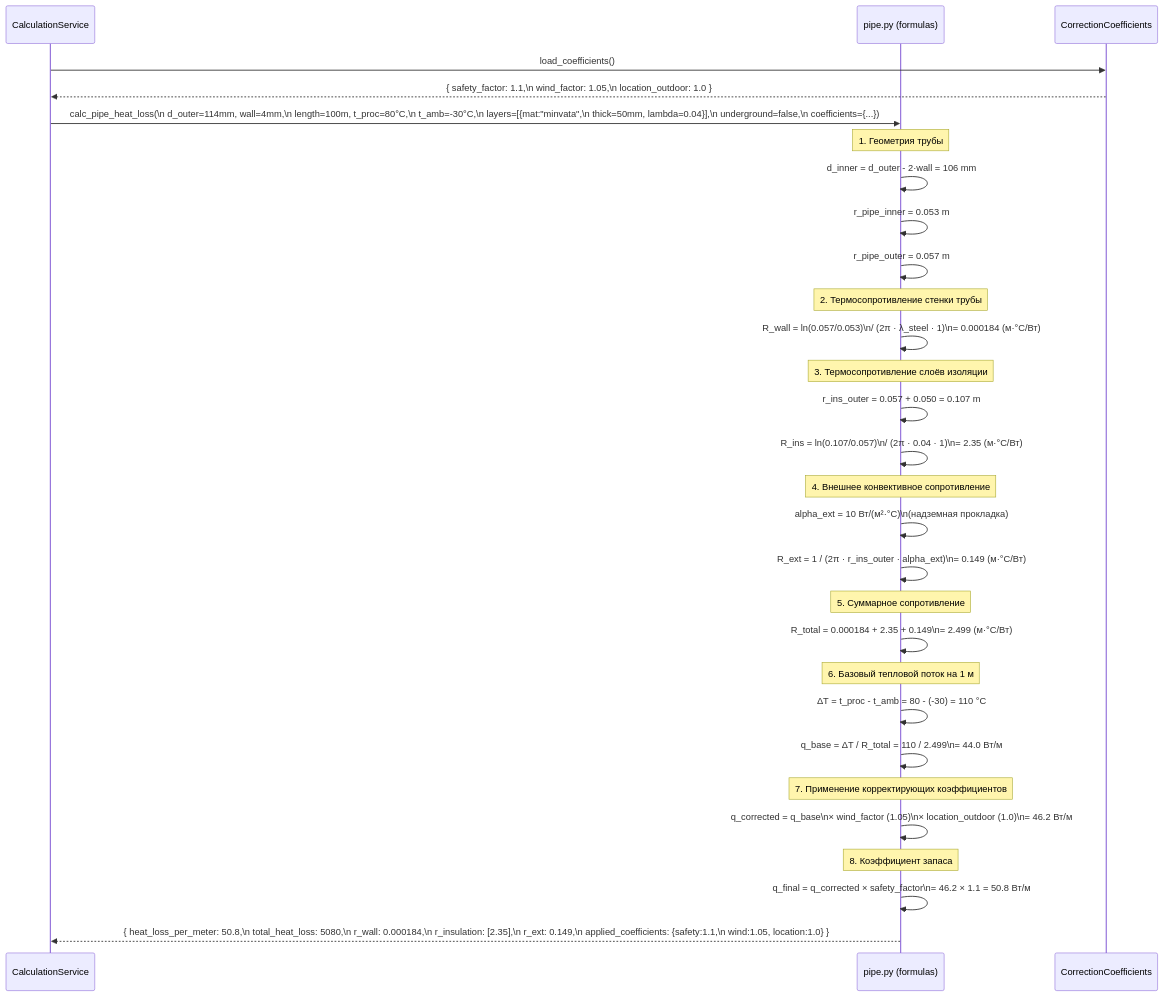
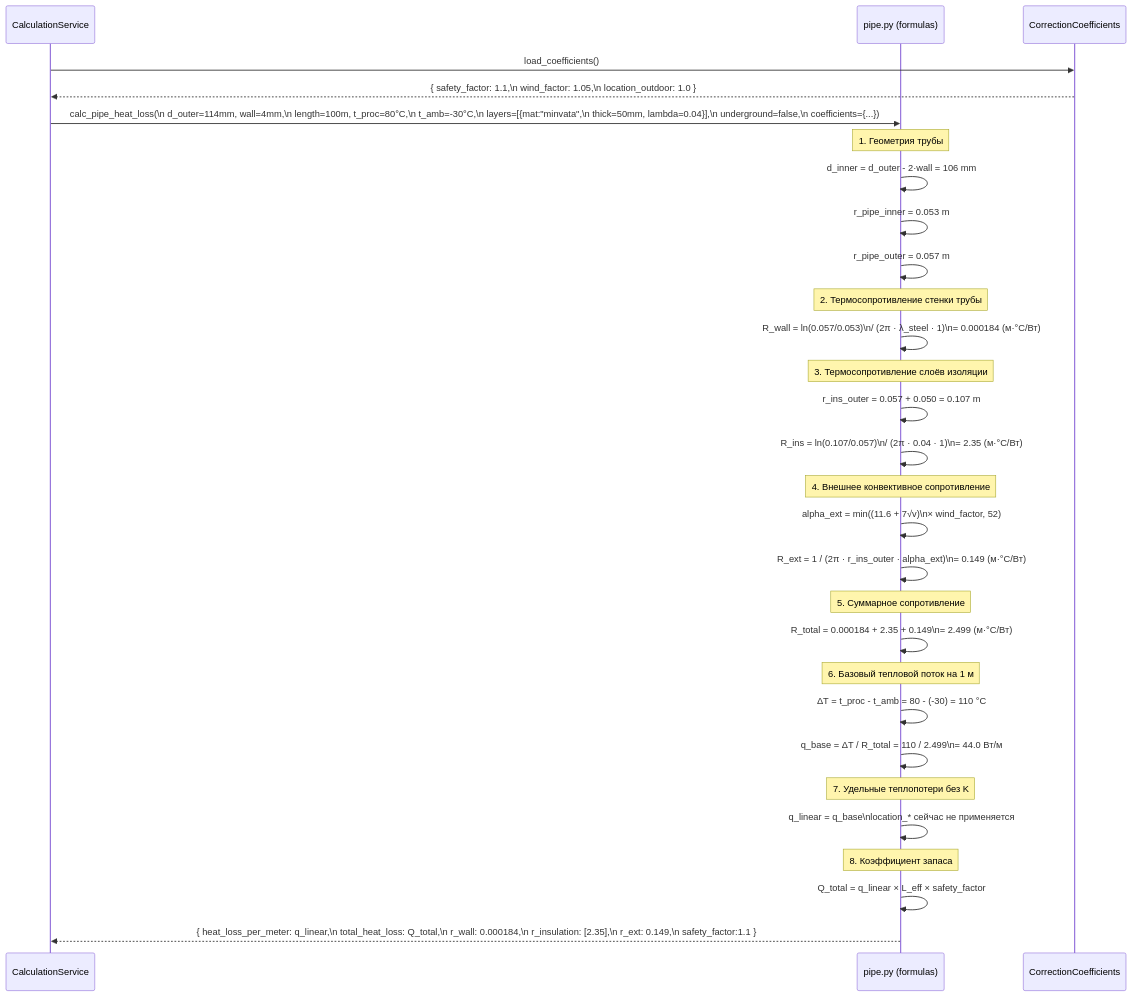
The second of 7 diagrams in docs/analysis/diagrams-flows.md (malafdmitry0-crypto/TLT), drawn with Mermaid before and after one commit. The commit also changed 70 other files, not shown here.

````diff
--- a/docs/analysis/diagrams-flows.md
+++ b/docs/analysis/diagrams-flows.md
@@ -81,42 +81,42 @@
 ```mermaid
 sequenceDiagram
     participant API as CalculationService
     participant Form as pipe.py (formulas)
     participant Coef as CorrectionCoefficients
 
     API->>Coef: load_coefficients()
     Coef-->>API: { safety_factor: 1.1,\n  wind_factor: 1.05,\n  location_outdoor: 1.0 }
 
     API->>Form: calc_pipe_heat_loss(\n  d_outer=114mm, wall=4mm,\n  length=100m, t_proc=80°C,\n  t_amb=-30°C,\n  layers=[{mat:"minvata",\n    thick=50mm, lambda=0.04}],\n  underground=false,\n  coefficients={...})
 
     Note over Form: 1. Геометрия трубы
     Form->>Form: d_inner = d_outer - 2·wall = 106 mm
     Form->>Form: r_pipe_inner = 0.053 m
     Form->>Form: r_pipe_outer = 0.057 m
 
     Note over Form: 2. Термосопротивление стенки трубы
     Form->>Form: R_wall = ln(0.057/0.053)\n/ (2π · λ_steel · 1)\n= 0.000184 (м·°C/Вт)
 
     Note over Form: 3. Термосопротивление слоёв изоляции
     Form->>Form: r_ins_outer = 0.057 + 0.050 = 0.107 m
     Form->>Form: R_ins = ln(0.107/0.057)\n/ (2π · 0.04 · 1)\n= 2.35 (м·°C/Вт)
 
     Note over Form: 4. Внешнее конвективное сопротивление
-    Form->>Form: alpha_ext = 10 Вт/(м²·°C)\n(надземная прокладка)
+    Form->>Form: alpha_ext = min((11.6 + 7√v)\n× wind_factor, 52)
     Form->>Form: R_ext = 1 / (2π · r_ins_outer · alpha_ext)\n= 0.149 (м·°C/Вт)
 
     Note over Form: 5. Суммарное сопротивление
     Form->>Form: R_total = 0.000184 + 2.35 + 0.149\n= 2.499 (м·°C/Вт)
 
     Note over Form: 6. Базовый тепловой поток на 1 м
     Form->>Form: ΔT = t_proc - t_amb = 80 - (-30) = 110 °C
     Form->>Form: q_base = ΔT / R_total = 110 / 2.499\n= 44.0 Вт/м
 
-    Note over Form: 7. Применение корректирующих коэффициентов
-    Form->>Form: q_corrected = q_base\n× wind_factor (1.05)\n× location_outdoor (1.0)\n= 46.2 Вт/м
+    Note over Form: 7. Удельные теплопотери без K
+    Form->>Form: q_linear = q_base\nlocation_* сейчас не применяется
 
     Note over Form: 8. Коэффициент запаса
-    Form->>Form: q_final = q_corrected × safety_factor\n= 46.2 × 1.1 = 50.8 Вт/м
+    Form->>Form: Q_total = q_linear × L_eff × safety_factor
 
-    Form-->>API: { heat_loss_per_meter: 50.8,\n  total_heat_loss: 5080,\n  r_wall: 0.000184,\n  r_insulation: [2.35],\n  r_ext: 0.149,\n  applied_coefficients: {safety:1.1,\n    wind:1.05, location:1.0} }
+    Form-->>API: { heat_loss_per_meter: q_linear,\n  total_heat_loss: Q_total,\n  r_wall: 0.000184,\n  r_insulation: [2.35],\n  r_ext: 0.149,\n  safety_factor:1.1 }
 ```
````
